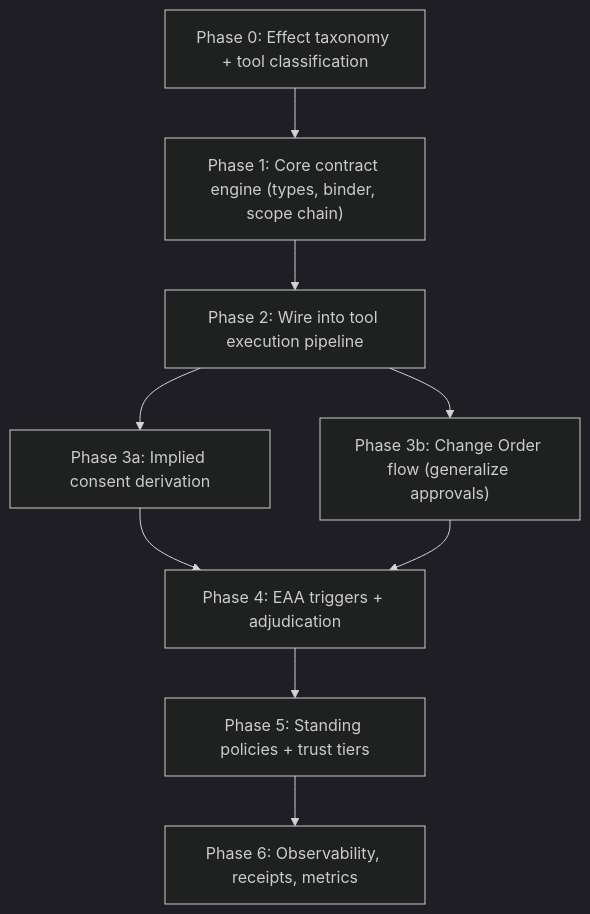
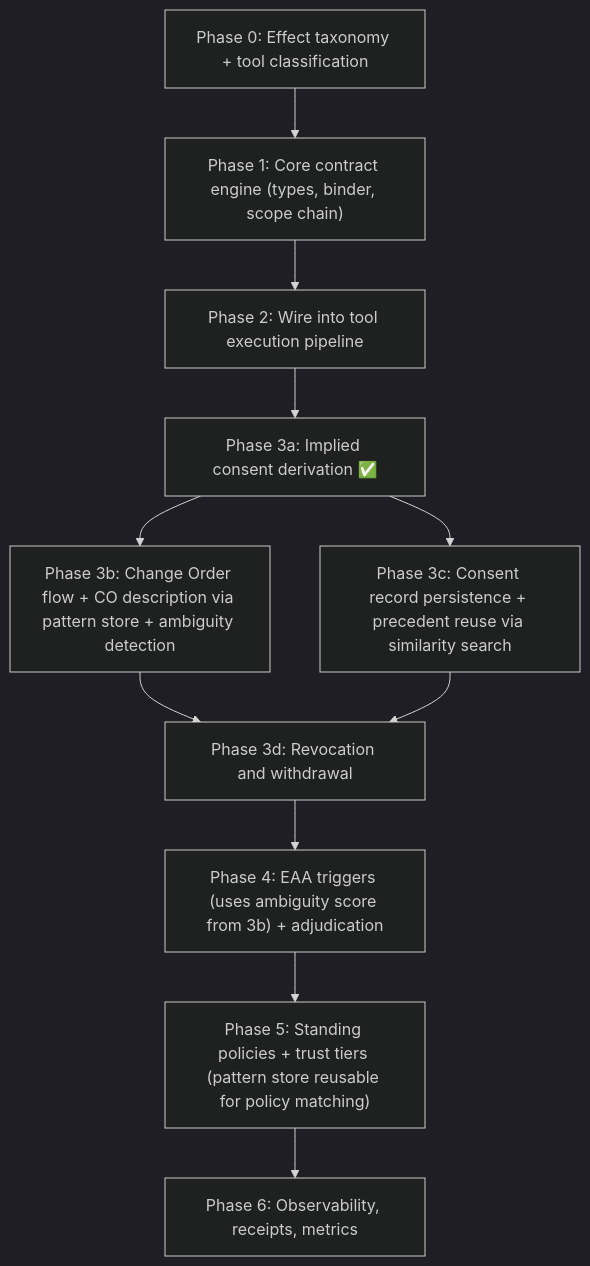
Before and after one commit to AgenticToaster/CBAClaw: the diagram in plans/consent-bound_agency_sac_51bf982e.plan.md, drawn with Mermaid (dark theme). The commit also changed other lines of this file and 1 other file, not shown here.

````diff
--- a/plans/consent-bound_agency_sac_51bf982e.plan.md
+++ b/plans/consent-bound_agency_sac_51bf982e.plan.md
@@ -372,11 +407,13 @@
 ```mermaid
 flowchart TD
     P0["Phase 0: Effect taxonomy + tool classification"] --> P1["Phase 1: Core contract engine (types, binder, scope chain)"]
     P1 --> P2["Phase 2: Wire into tool execution pipeline"]
-    P2 --> P3a["Phase 3a: Implied consent derivation"]
-    P2 --> P3b["Phase 3b: Change Order flow (generalize approvals)"]
-    P3a --> P4["Phase 4: EAA triggers + adjudication"]
-    P3b --> P4
-    P4 --> P5["Phase 5: Standing policies + trust tiers"]
+    P2 --> P3a["Phase 3a: Implied consent derivation ✅"]
+    P3a --> P3b["Phase 3b: Change Order flow + CO description via pattern store + ambiguity detection"]
+    P3a --> P3c["Phase 3c: Consent record persistence + precedent reuse via similarity search"]
+    P3b --> P3d["Phase 3d: Revocation and withdrawal"]
+    P3c --> P3d
+    P3d --> P4["Phase 4: EAA triggers (uses ambiguity score from 3b) + adjudication"]
+    P4 --> P5["Phase 5: Standing policies + trust tiers (pattern store reusable for policy matching)"]
     P5 --> P6["Phase 6: Observability, receipts, metrics"]
 ```
````
